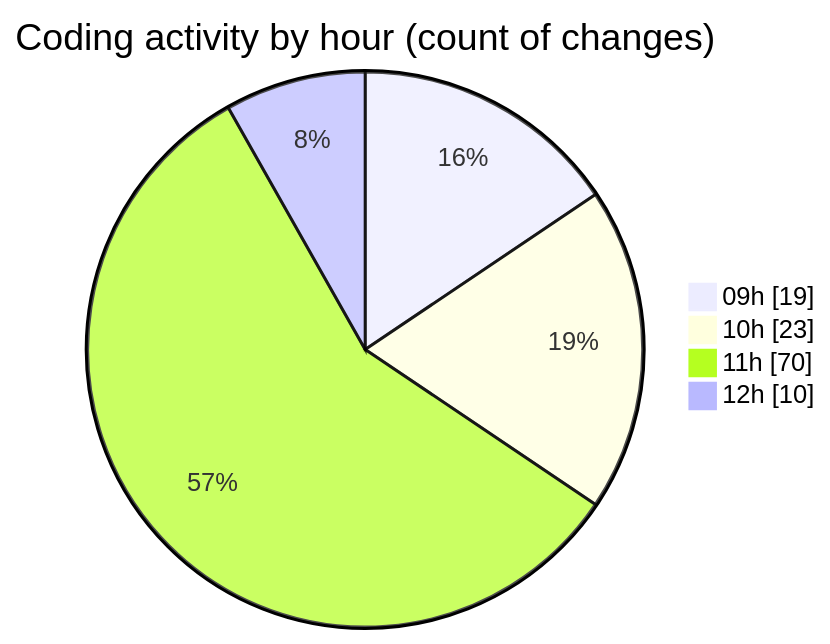
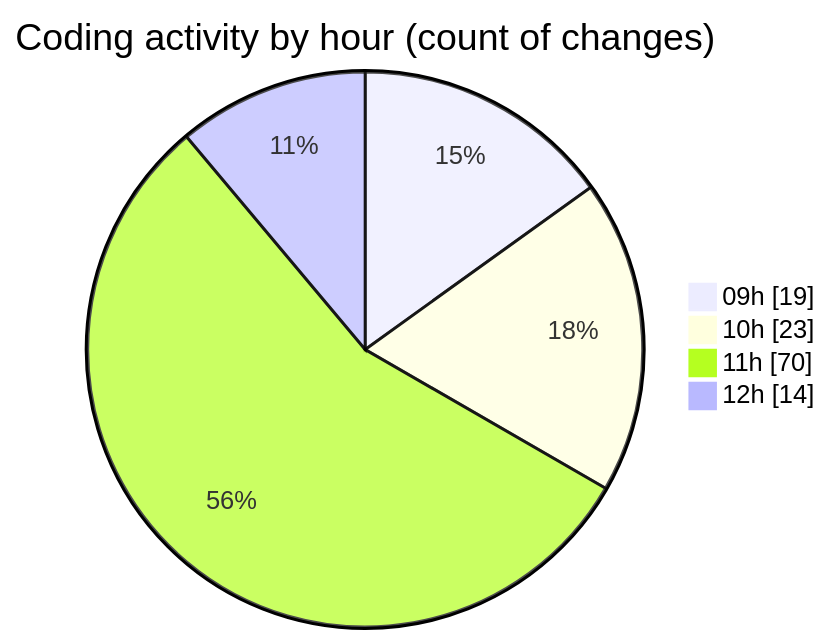
The second of 2 diagrams in 2026-02-12/cda/README.md (momahboobian/code-tracking), drawn with Mermaid before and after one commit. The commit also changed other lines of this file and 1 other file, not shown here.

````diff
--- a/2026-02-12/cda/README.md
+++ b/2026-02-12/cda/README.md
@@ -38,8 +38,8 @@
 ```mermaid
 pie showData
 title Coding activity by hour (count of changes)
 "09h" : 19
 "10h" : 23
 "11h" : 70
-"12h" : 10
+"12h" : 14
 ```
````
